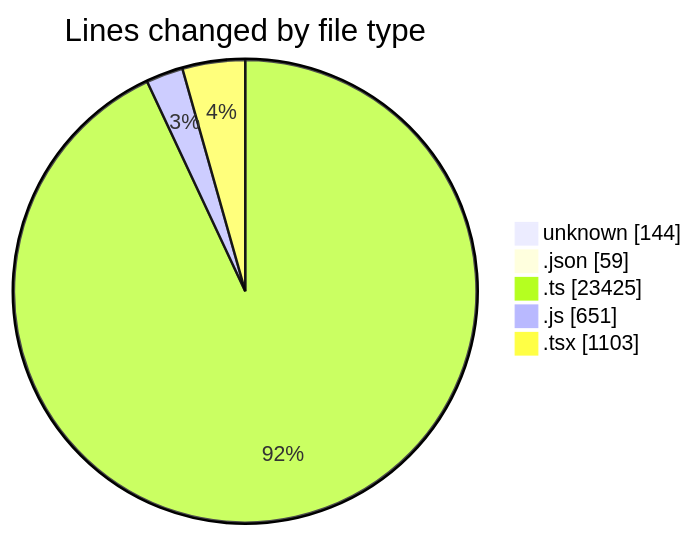
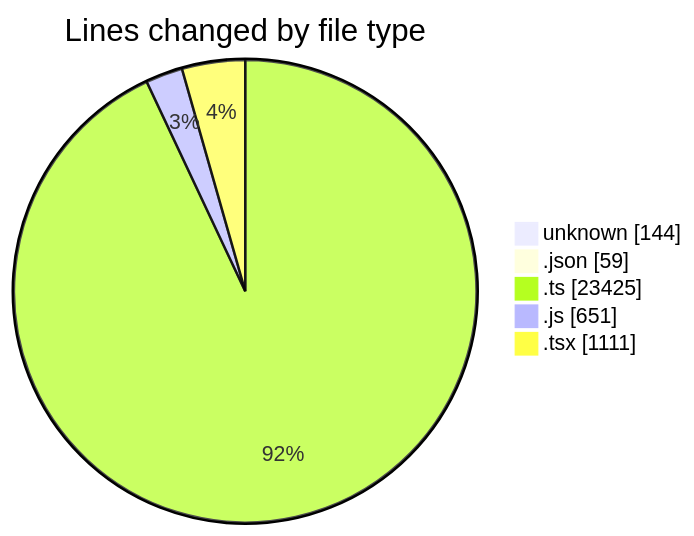
Before and after one commit to momahboobian/code-tracking: the first of 2 diagrams in 2025-11-13/cda/README.md, drawn with Mermaid. The commit also changed other lines of this file and 1 other file, not shown here.

````diff
--- a/2025-11-13/cda/README.md
+++ b/2025-11-13/cda/README.md
@@ -31,9 +31,9 @@
 ```mermaid
 pie showData
 title Lines changed by file type
 "unknown" : 144
 ".json" : 59
 ".ts" : 23425
 ".js" : 651
-".tsx" : 1103
+".tsx" : 1111
 ```
````
